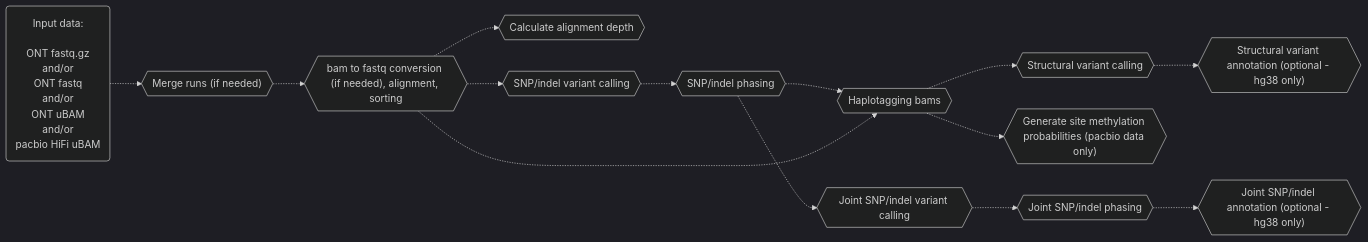
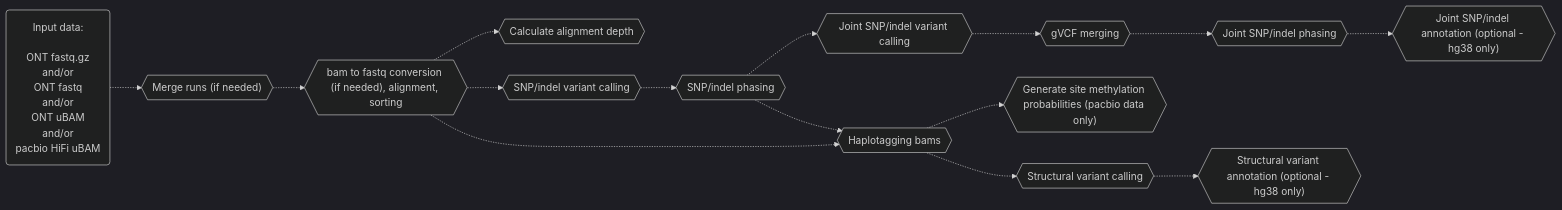
One commit to leahkemp/pipeface changed the second of 4 diagrams in README.md. Above: the diagram before and after it, drawn with Mermaid. The commit also changed other lines of this file, not shown here.

Commit message:
update mermaid diagrams

````diff
--- a/README.md
+++ b/README.md
@@ -48,26 +48,27 @@
 ```mermaid
 %%{init: {'theme':'dark'}}%%
 flowchart LR
 
 input_data("Input data: <br><br> ONT fastq.gz <br> and/or <br> ONT fastq <br> and/or <br> ONT uBAM <br> and/or <br> pacbio HiFi uBAM")
 merging{{"Merge runs (if needed)"}}
 alignment{{"bam to fastq conversion (if needed), alignment, sorting"}}
 depth{{"Calculate alignment depth"}}
 snp_indel_calling{{"SNP/indel variant calling"}}
 snp_indel_phasing{{"SNP/indel phasing"}}
 joint_snp_indel_calling{{"Joint SNP/indel variant calling"}}
+gvcf_merging{{"gVCF merging"}}
 joint_snp_indel_phasing{{"Joint SNP/indel phasing"}}
 joint_snp_indel_annotation{{"Joint SNP/indel annotation (optional - hg38 only)"}}
 haplotagging{{"Haplotagging bams"}}
 generate_meth_probs{{"Generate site methylation probabilities (pacbio data only)"}}
 sv_calling{{"Structural variant calling"}}
 sv_annotation{{"Structural variant annotation (optional - hg38 only)"}}
 
 input_data-.->merging-.->alignment-.->snp_indel_calling-.->snp_indel_phasing-.->haplotagging-.->sv_calling
 alignment-.->depth
 alignment-.->haplotagging
 haplotagging-.->generate_meth_probs
-snp_indel_phasing-.->joint_snp_indel_calling-.->joint_snp_indel_phasing-.->joint_snp_indel_annotation
+snp_indel_phasing-.->joint_snp_indel_calling-.->gvcf_merging-.->joint_snp_indel_phasing-.->joint_snp_indel_annotation
 sv_calling-.->sv_annotation
 
 ```
````
